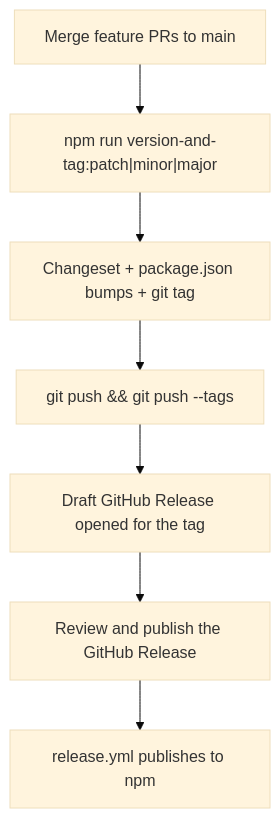
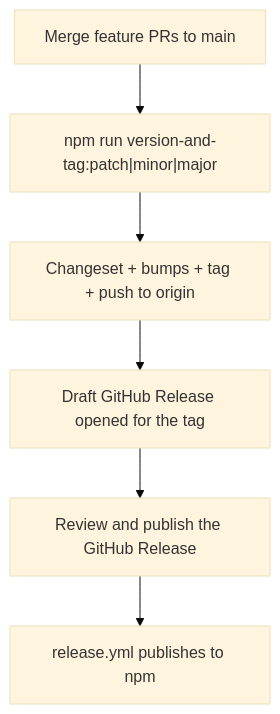
Before and after one commit to decodedcreative/jigsaw: the diagram in docs/publication.md, drawn with Mermaid (base theme). The commit also changed other lines of this file and 3 other files, not shown here.

First line of the commit message:
feat(release): push version commit and tag by default

````diff
--- a/docs/publication.md
+++ b/docs/publication.md
@@ -40,9 +40,8 @@
 ```mermaid
 flowchart TD
   A[Merge feature PRs to main] --> B["npm run version-and-tag:patch|minor|major"]
-  B --> C[Changeset + package.json bumps + git tag]
-  C --> D[git push && git push --tags]
-  D --> E[Draft GitHub Release opened for the tag]
-  E --> F[Review and publish the GitHub Release]
-  F --> G[release.yml publishes to npm]
+  B --> C[Changeset + bumps + tag + push to origin]
+  C --> D[Draft GitHub Release opened for the tag]
+  D --> E[Review and publish the GitHub Release]
+  E --> F[release.yml publishes to npm]
 ```
````
